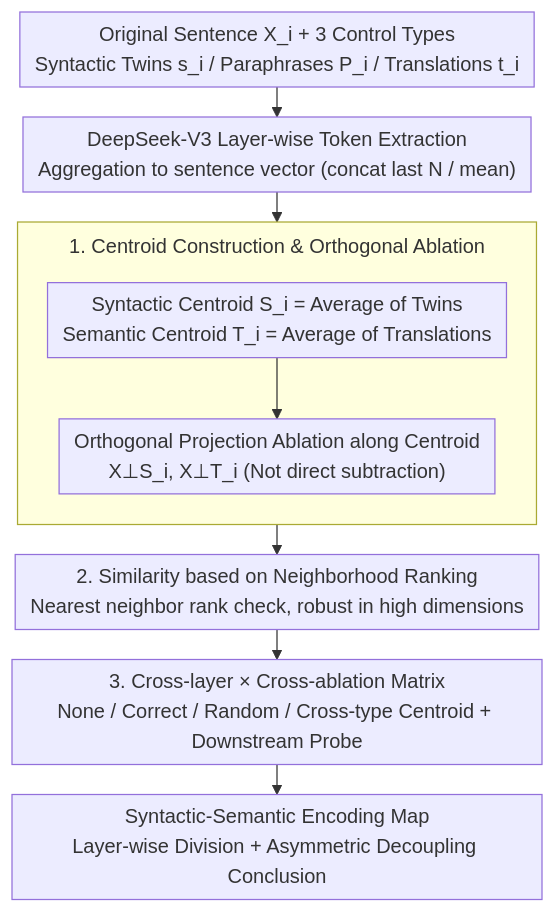
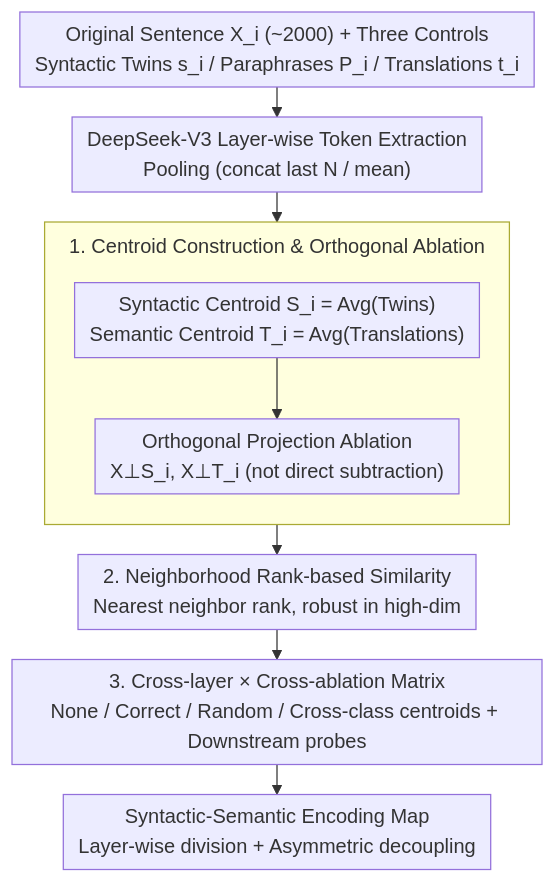
The diagram in docs/ICML2026/llm_nlp/differential_syntactic_and_semantic_encoding_in_llms.md (zhaoyang97/Paper-Notes-en), drawn with Mermaid before and after one commit. The commit also changed other lines of this file and 5084 other files, not shown here.

````diff
--- a/docs/ICML2026/llm_nlp/differential_syntactic_and_semantic_encoding_in_llms.md
+++ b/docs/ICML2026/llm_nlp/differential_syntactic_and_semantic_encoding_in_llms.md
@@ -49,13 +49,13 @@
 ```mermaid
 %%{init: {'flowchart': {'rankSpacing': 24, 'nodeSpacing': 28, 'padding': 6, 'wrappingWidth': 400, 'subGraphTitleMargin': {'top': 8, 'bottom': 16}}}}%%
 flowchart TD
-    A["Original Sentence X_i + 3 Control Types<br/>Syntactic Twins s_i / Paraphrases P_i / Translations t_i"] --> B["DeepSeek-V3 Layer-wise Token Extraction<br/>Aggregation to sentence vector (concat last N / mean)"]
+    A["Original Sentence X_i (~2000) + Three Controls<br/>Syntactic Twins s_i / Paraphrases P_i / Translations t_i"] --> B["DeepSeek-V3 Layer-wise Token Extraction<br/>Pooling (concat last N / mean)"]
     subgraph C["1. Centroid Construction & Orthogonal Ablation"]
         direction TB
-        C1["Syntactic Centroid S_i = Average of Twins<br/>Semantic Centroid T_i = Average of Translations"] --> C2["Orthogonal Projection Ablation along Centroid<br/>X⊥S_i, X⊥T_i (Not direct subtraction)"]
+        C1["Syntactic Centroid S_i = Avg(Twins)<br/>Semantic Centroid T_i = Avg(Translations)"] --> C2["Orthogonal Projection Ablation<br/>X⊥S_i, X⊥T_i (not direct subtraction)"]
     end
     B --> C
-    C --> D["2. Similarity based on Neighborhood Ranking<br/>Nearest neighbor rank check, robust in high dimensions"]
-    D --> E["3. Cross-layer × Cross-ablation Matrix<br/>None / Correct / Random / Cross-type Centroid + Downstream Probe"]
-    E --> F["Syntactic-Semantic Encoding Map<br/>Layer-wise Division + Asymmetric Decoupling Conclusion"]
+    C --> D["2. Neighborhood Rank-based Similarity<br/>Nearest neighbor rank, robust in high-dim"]
+    D --> E["3. Cross-layer × Cross-ablation Matrix<br/>None / Correct / Random / Cross-class centroids + Downstream probes"]
+    E --> F["Syntactic-Semantic Encoding Map<br/>Layer-wise division + Asymmetric decoupling"]
 ```
````
